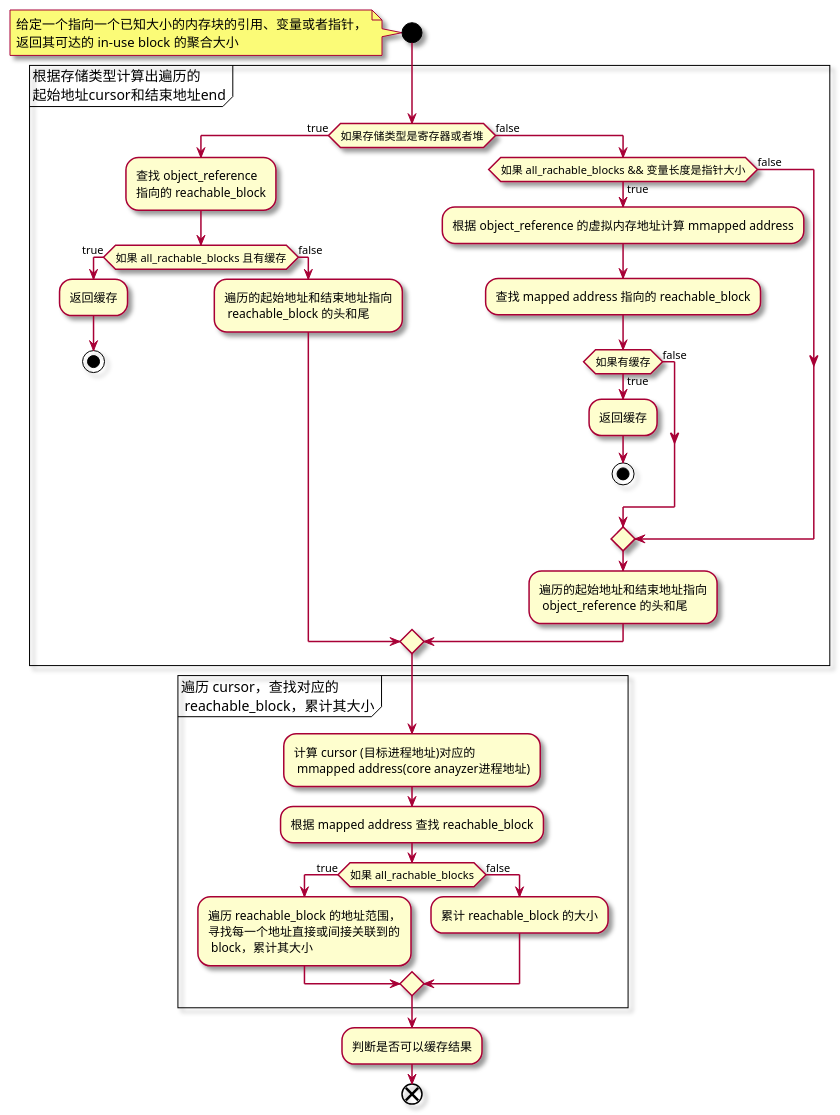
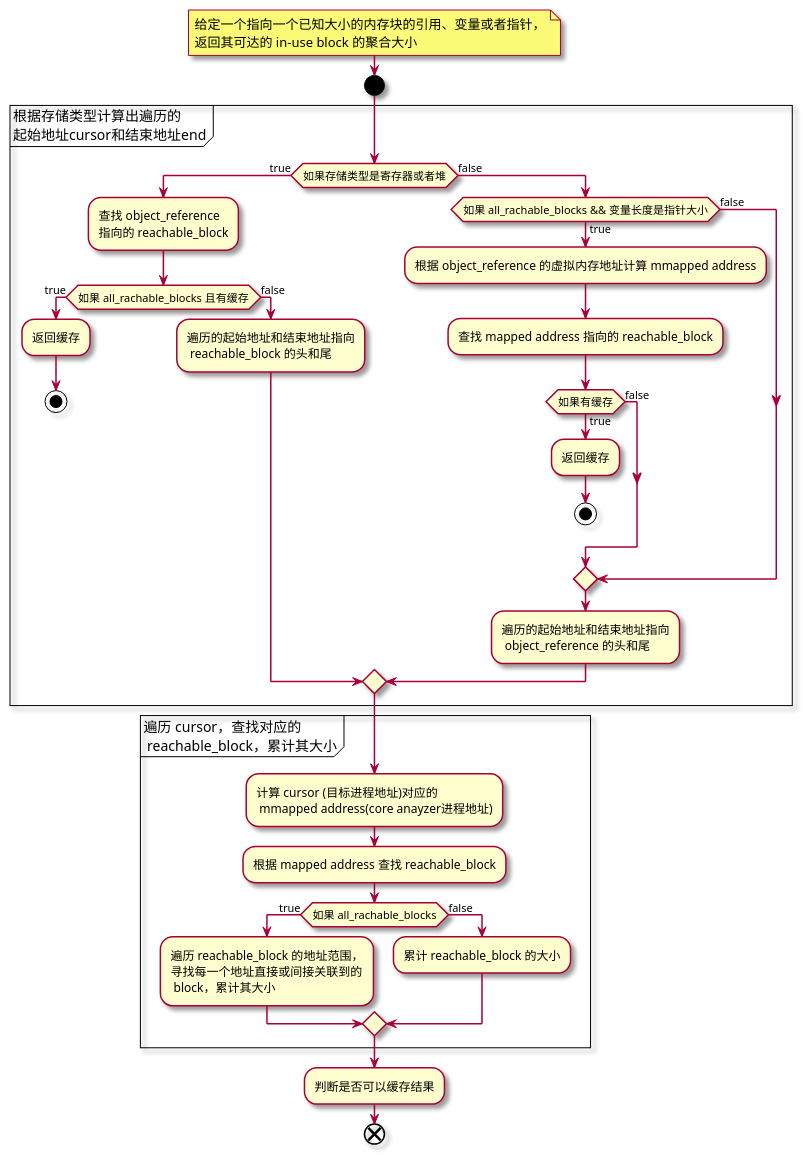
The diagram in src/code_analyzer/calc_aggregate_size.puml (mingleeShade/MyPlantUML), drawn with PlantUML before and after one commit. The commit also changed 4 other files, not shown here.

Commit message:
1. 完成 obj_command 活动图，2.补完其他图

```diff
--- a/src/code_analyzer/calc_aggregate_size.puml
+++ b/src/code_analyzer/calc_aggregate_size.puml
@@ -1,52 +1,51 @@
 @startuml calc_aggregate_size
 ' 通用设置
 skin rose
-
-start
 
 note left
     给定一个指向一个已知大小的内存块的引用、变量或者指针，
     返回其可达的 in-use block 的聚合大小
 end note
 
+start
 
 partition "根据存储类型计算出遍历的\n起始地址cursor和结束地址end" {
     if (如果存储类型是寄存器或者堆) then (true)
         :查找 object_reference \n指向的 reachable_block;
         if (如果 all_rachable_blocks 且有缓存) then (true)
             :返回缓存;
             stop
         else (false)
             :遍历的起始地址和结束地址指向\n reachable_block 的头和尾;
         endif
     else (false)
         if (如果 all_rachable_blocks && 变量长度是指针大小) then (true)
             :根据 object_reference 的虚拟内存地址计算 mmapped address;
             :查找 mapped address 指向的 reachable_block;
             if (如果有缓存) then (true)
                 :返回缓存;
                 stop
             else (false)
             endif
         else (false)
         endif
         :遍历的起始地址和结束地址指向\n object_reference 的头和尾;
     endif
 }
 
 
 partition "遍历 cursor，查找对应的\n reachable_block，累计其大小" {
     :计算 cursor (目标进程地址)对应的\n mmapped address(core anayzer进程地址);
     :根据 mapped address 查找 reachable_block;
     if (如果 all_rachable_blocks) then (true)
         :遍历 reachable_block 的地址范围，\n寻找每一个地址直接或间接关联到的\n block，累计其大小;
     else (false)
         :累计 reachable_block 的大小;
     endif
 }
 
 
 :判断是否可以缓存结果;
 
 end
 @enduml
```
